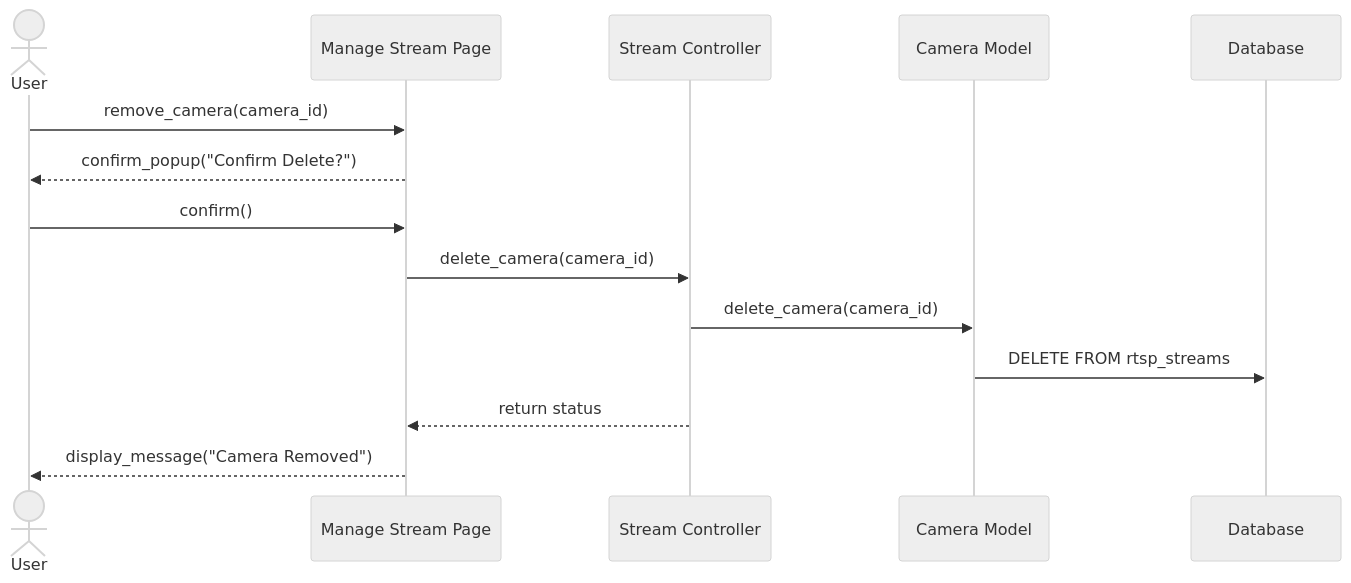
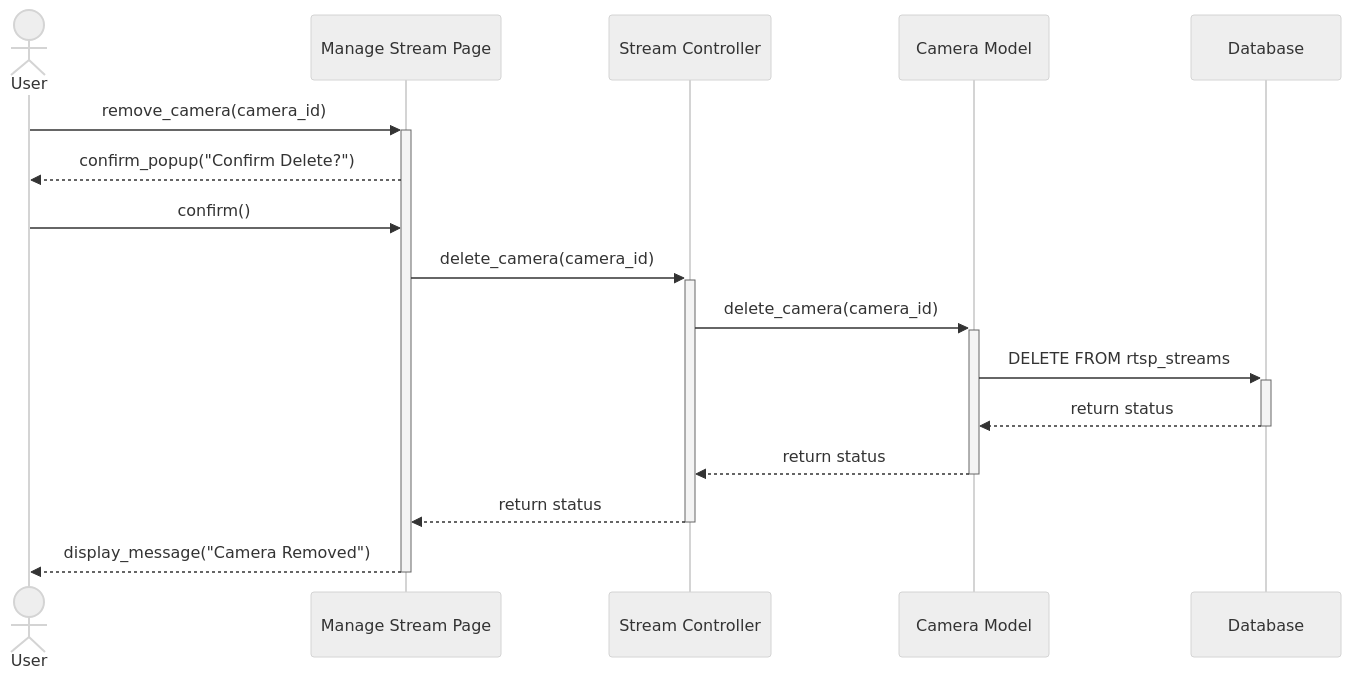
Before and after one commit to Tanaphat-Ken/ALPR-V2: diagram 16 of 20 in SYSTEM_DIAGRAMS.md, drawn with Mermaid (neutral theme). The commit also changed other lines of this file, not shown here.

First line of the commit message:
fix: resolve Mermaid activation bar errors across sequence diagrams

````diff
--- a/SYSTEM_DIAGRAMS.md
+++ b/SYSTEM_DIAGRAMS.md
@@ -616,17 +650,19 @@
 ```mermaid
 sequenceDiagram
     actor User
     participant StreamPage as Manage Stream Page
     participant StreamController as Stream Controller
     participant CameraModel as Camera Model
     participant DB as Database
 
-    User->>StreamPage: remove_camera(camera_id)
+    User->>+StreamPage: remove_camera(camera_id)
     StreamPage-->>User: confirm_popup("Confirm Delete?")
     User->>StreamPage: confirm()
-    StreamPage->>StreamController: delete_camera(camera_id)
-    StreamController->>CameraModel: delete_camera(camera_id)
-    CameraModel->>DB: DELETE FROM rtsp_streams
-    StreamController-->>StreamPage: return status
-    StreamPage-->>User: display_message("Camera Removed")
+    StreamPage->>+StreamController: delete_camera(camera_id)
+    StreamController->>+CameraModel: delete_camera(camera_id)
+    CameraModel->>+DB: DELETE FROM rtsp_streams
+    DB-->>-CameraModel: return status
+    CameraModel-->>-StreamController: return status
+    StreamController-->>-StreamPage: return status
+    StreamPage-->>-User: display_message("Camera Removed")
 ```
````
